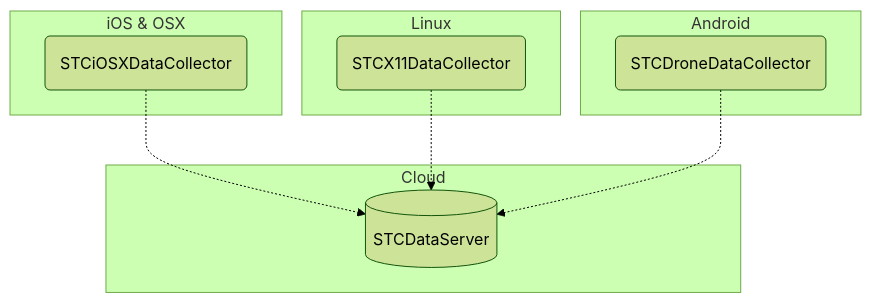
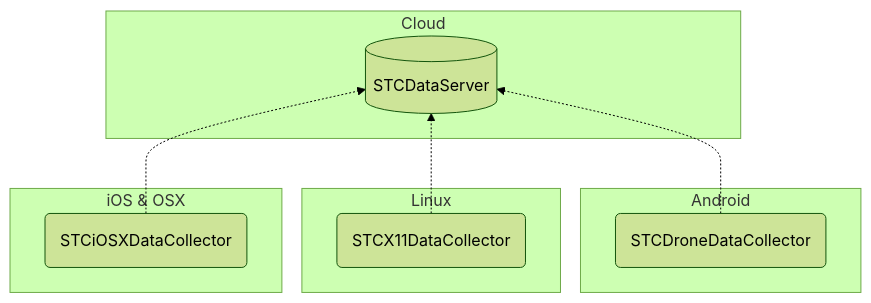
The diagram in profile/README.md (STCData/.github), drawn with Mermaid (forest theme) before and after one commit.

````diff
--- a/profile/README.md
+++ b/profile/README.md
@@ -2,21 +2,21 @@
 ```mermaid
-flowchart TB
+flowchart BT
   subgraph iOS & OSX
     c1(STCiOSXDataCollector)
     click c1 href "https://github.com/STCData/STCiOSXDataCollector"
   end
   
   subgraph Linux
     c2(STCX11DataCollector)
     click c2 href "https://github.com/STCData/STCX11DataCollector"
   end
   subgraph Android 
     c3(STCDroneDataCollector)
     click c3 href "https://github.com/STCData/STCDroneDataCollector"
   end
   subgraph Cloud
     s[(STCDataServer)]
     click s href "https://github.com/STCData/STCDataServer"
   end
     c1 & c2 & c3 -.-> s
 ```
````
